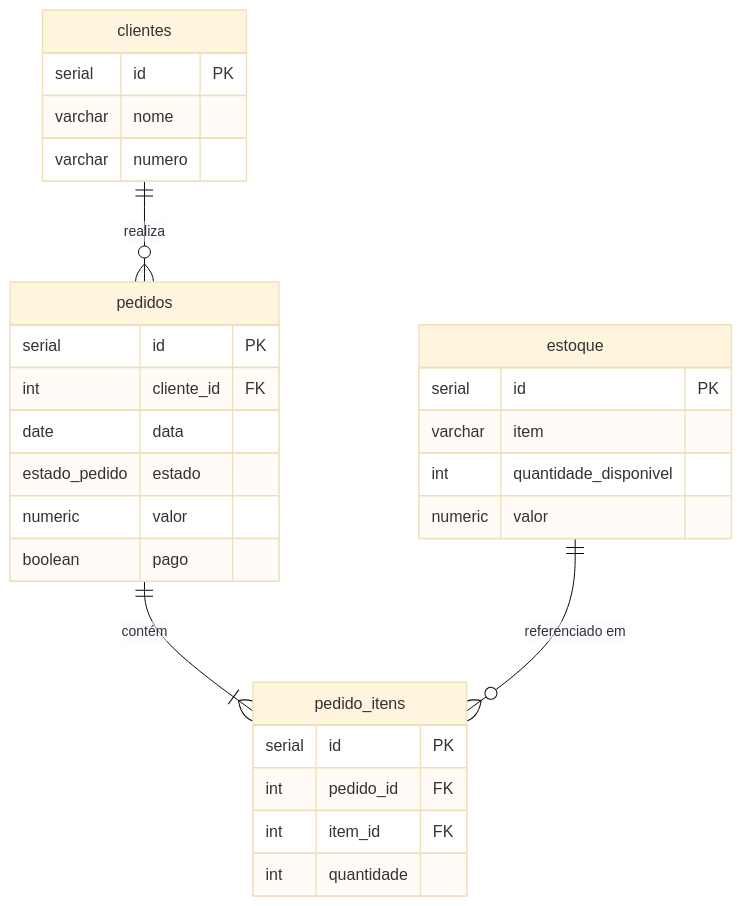
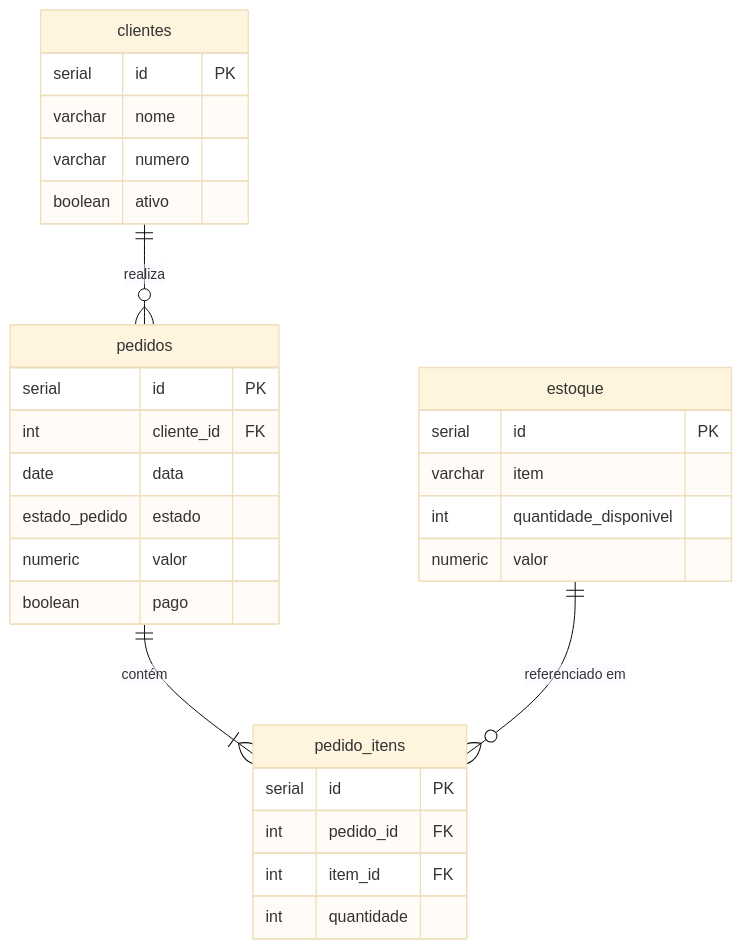
The first of 2 diagrams in README.md (annefernandess/marmitaria-db), drawn with Mermaid (base theme) before and after one commit. The commit also changed other lines of this file, not shown here.

Commit message:
atualizando o Diagrama Entidade-Relacionamento

````diff
--- a/README.md
+++ b/README.md
@@ -69,35 +69,36 @@
 ```mermaid
 erDiagram
     clientes {
         serial  id     PK
         varchar nome
         varchar numero
+        boolean ativo
     }
 
     pedidos {
         serial        id         PK
         int           cliente_id FK
         date          data
         estado_pedido estado
         numeric       valor
         boolean       pago
     }
 
     pedido_itens {
         serial id        PK
         int    pedido_id FK
         int    item_id   FK
         int    quantidade
     }
 
     estoque {
         serial  id                    PK
         varchar item
         int     quantidade_disponivel
         numeric valor
     }
 
     clientes    ||--o{ pedidos      : "realiza"
     pedidos     ||--|{ pedido_itens : "contém"
     estoque     ||--o{ pedido_itens : "referenciado em"
 ```
````
